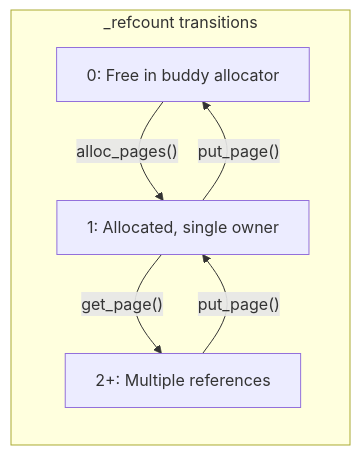
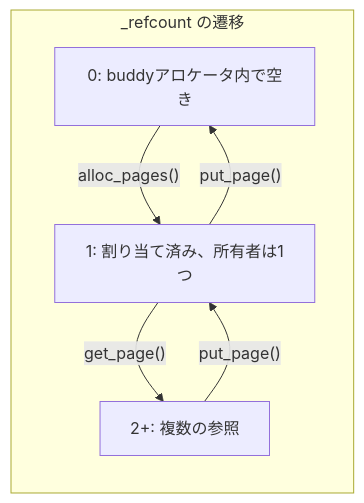
Before and after one commit to doguto/linux-kernel-internals-jp: the third of 15 diagrams in docs/mm/life-of-page.md, drawn with Mermaid. The commit also changed other lines of this file and 27 other files, not shown here.

````diff
--- a/docs/mm/life-of-page.md
+++ b/docs/mm/life-of-page.md
@@ -125,13 +125,13 @@
 ```mermaid
 flowchart LR
-    subgraph refcount["_refcount transitions"]
-        R0["0: Free in buddy allocator"]
-        R1["1: Allocated, single owner"]
-        R2["2+: Multiple references"]
+    subgraph refcount["_refcount の遷移"]
+        R0["0: buddyアロケータ内で空き"]
+        R1["1: 割り当て済み、所有者は1つ"]
+        R2["2+: 複数の参照"]
     end
 
     R0 -->|"alloc_pages()"| R1
     R1 -->|"get_page()"| R2
     R2 -->|"put_page()"| R1
     R1 -->|"put_page()"| R0
 ```
````
